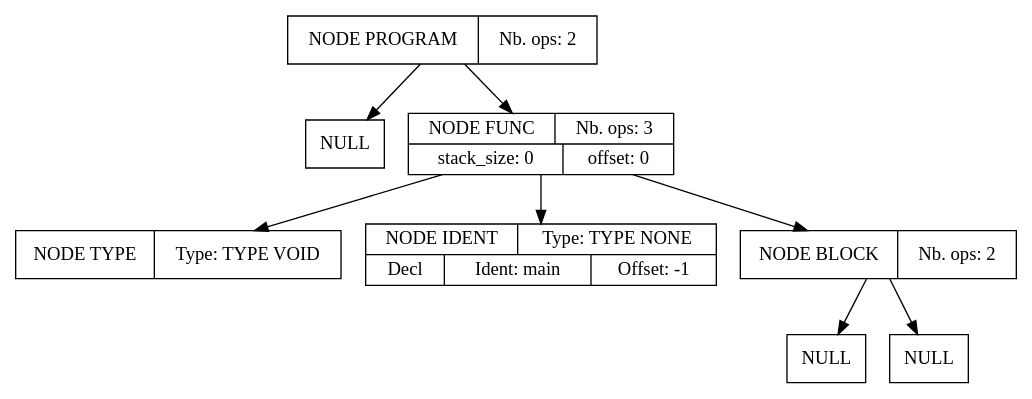
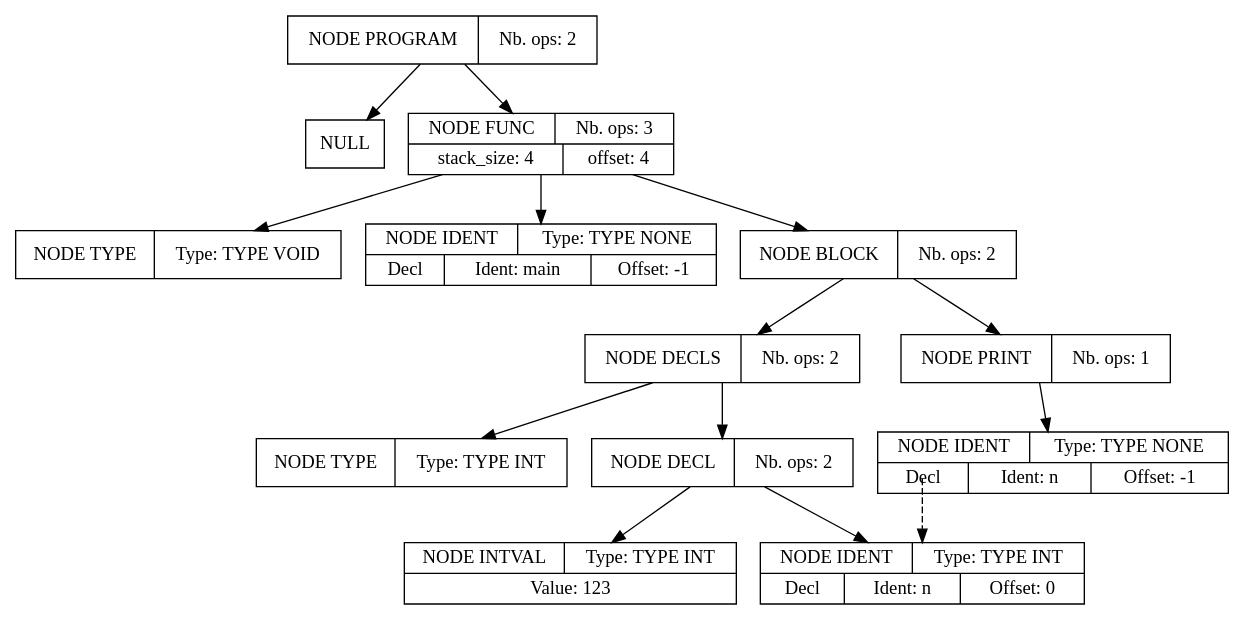
The diagram in projet_compilation_src/tools/apres_passe_1.dot (Serial-DeV/Compilation), drawn with Graphviz before and after one commit. The commit also changed 40 other files, not shown here.

```diff
--- a/projet_compilation_src/tools/apres_passe_1.dot
+++ b/projet_compilation_src/tools/apres_passe_1.dot
@@ -1,24 +1,41 @@
 digraph global_vars {
     N1 [shape=record, label="{{NODE PROGRAM|Nb. ops: 2}}"];
     N2 [shape=record, label="{{NULL}}"];
     edge[tailclip=true];
     N1 -> N2
-    N3 [shape=record, label="{{NODE FUNC|Nb. ops: 3}|{stack_size: 0|offset: 0}}"];
+    N3 [shape=record, label="{{NODE FUNC|Nb. ops: 3}|{stack_size: 4|offset: 4}}"];
     N4 [shape=record, label="{{NODE TYPE|Type: TYPE VOID}}"];
     edge[tailclip=true];
     N3 -> N4
     N5 [shape=record, label="{{NODE IDENT|Type: TYPE NONE}|{<decl>Decl      |Ident: main|Offset: -1}}"];
     edge[tailclip=true];
     N3 -> N5
     N6 [shape=record, label="{{NODE BLOCK|Nb. ops: 2}}"];
-    N7 [shape=record, label="{{NULL}}"];
+    N7 [shape=record, label="{{NODE DECLS|Nb. ops: 2}}"];
+    N8 [shape=record, label="{{NODE TYPE|Type: TYPE INT}}"];
+    edge[tailclip=true];
+    N7 -> N8
+    N9 [shape=record, label="{{NODE DECL|Nb. ops: 2}}"];
+    N10 [shape=record, label="{{NODE IDENT|Type: TYPE INT}|{<decl>Decl      |Ident: n|Offset: 0}}"];
+    edge[tailclip=true];
+    N9 -> N10
+    N11 [shape=record, label="{{NODE INTVAL|Type: TYPE INT}|{Value: 123}}"];
+    edge[tailclip=true];
+    N9 -> N11
+    edge[tailclip=true];
+    N7 -> N9
     edge[tailclip=true];
     N6 -> N7
-    N8 [shape=record, label="{{NULL}}"];
+    N12 [shape=record, label="{{NODE PRINT|Nb. ops: 1}}"];
+    N13 [shape=record, label="{{NODE IDENT|Type: TYPE NONE}|{<decl>Decl      |Ident: n|Offset: -1}}"];
+    edge[tailclip=false];
+    "N13":decl:c -> "N10" [style=dashed]
     edge[tailclip=true];
-    N6 -> N8
+    N12 -> N13
+    edge[tailclip=true];
+    N6 -> N12
     edge[tailclip=true];
     N3 -> N6
     edge[tailclip=true];
     N1 -> N3
 }
```
